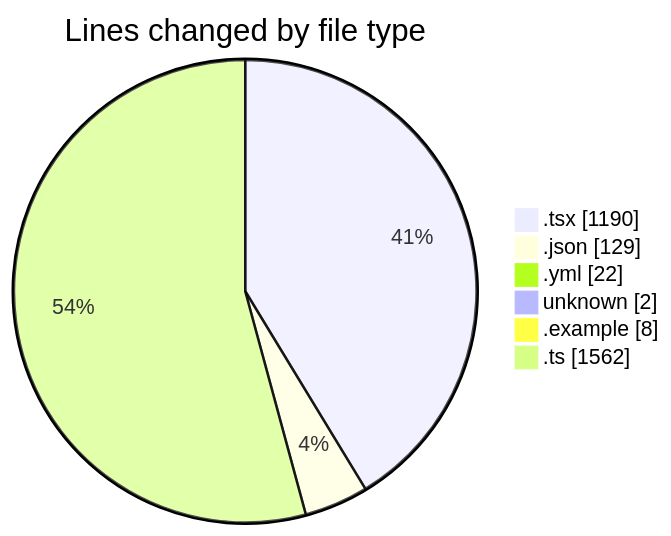
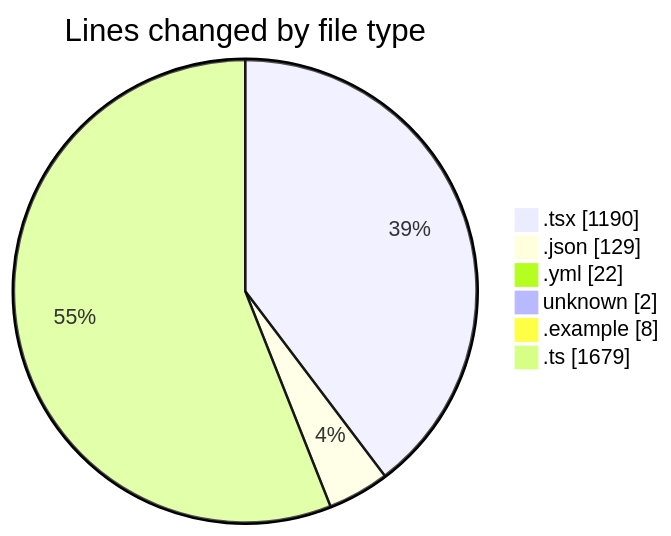
Before and after one commit to julien-gomy/code-tracking: the first of 2 diagrams in 2025-11-21/eventscop-frontend-guide__workspace_/README.md, drawn with Mermaid. The commit also changed other lines of this file and 1 other file, not shown here.

````diff
--- a/2025-11-21/eventscop-frontend-guide__workspace_/README.md
+++ b/2025-11-21/eventscop-frontend-guide__workspace_/README.md
@@ -45,10 +46,10 @@
 ```mermaid
 pie showData
 title Lines changed by file type
 ".tsx" : 1190
 ".json" : 129
 ".yml" : 22
 "unknown" : 2
 ".example" : 8
-".ts" : 1562
+".ts" : 1679
 ```
````
